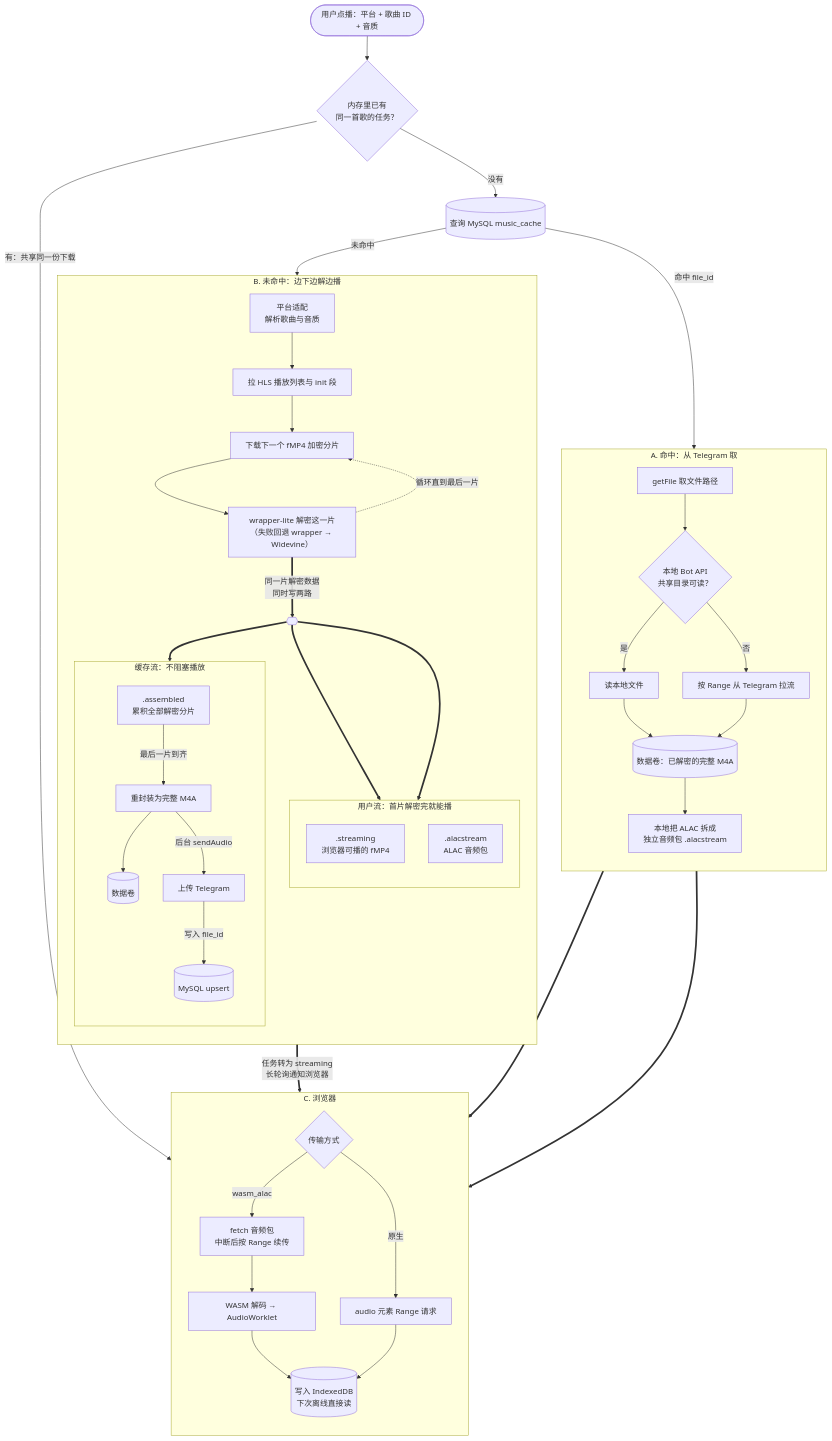
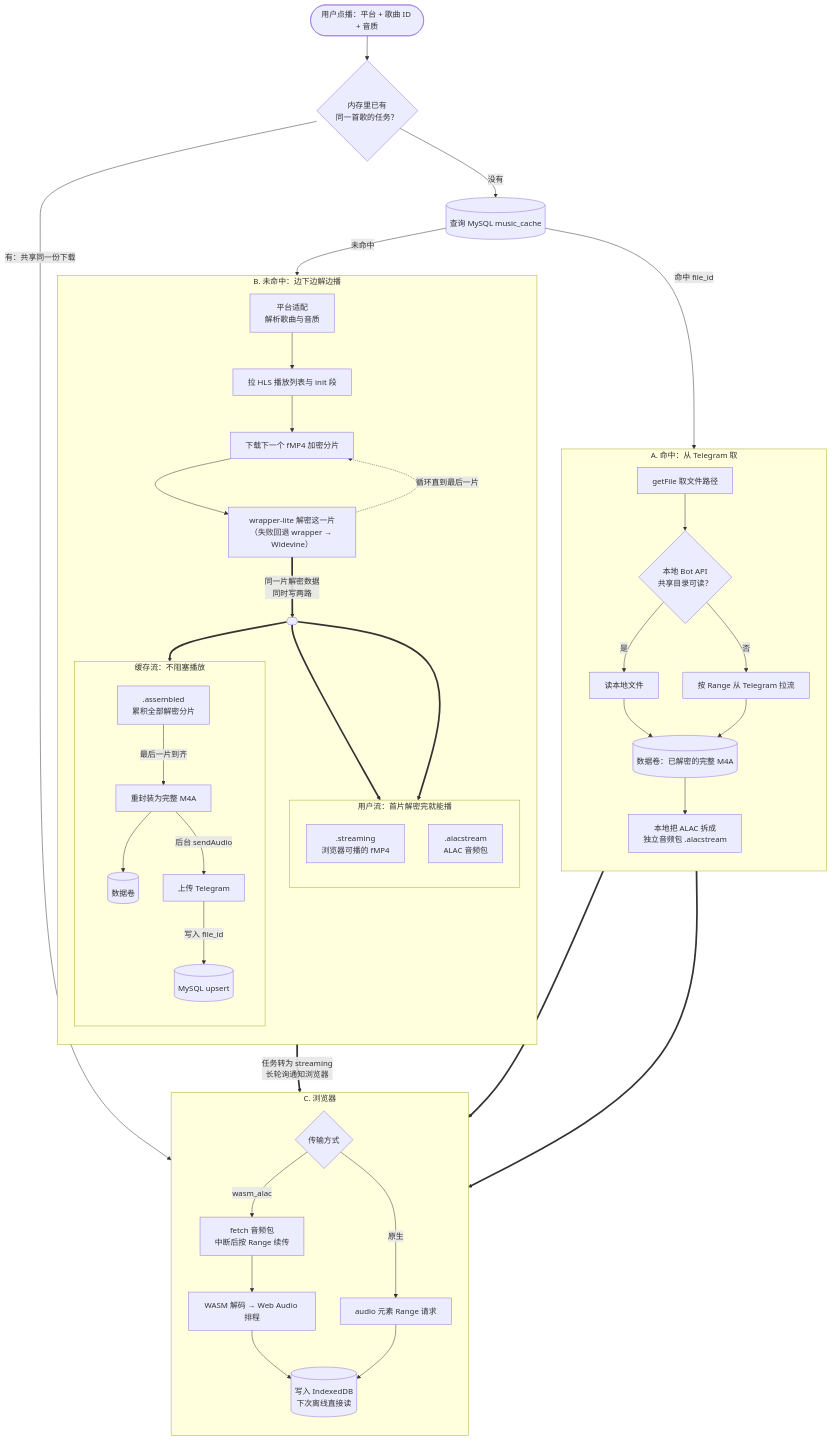
One commit to jizizr/mhub changed the second of 2 diagrams in README.md. Above: the diagram before and after it, drawn with Mermaid. The commit also changed other lines of this file and 37 other files, not shown here.

````diff
--- a/README.md
+++ b/README.md
@@ -84,55 +84,55 @@
 ```mermaid
 flowchart TD
   PLAY(["用户点播：平台 + 歌曲 ID + 音质"]) --> T1{"内存里已有<br/>同一首歌的任务？"}
   T1 -->|"有：共享同一份下载"| OUT
   T1 -->|没有| Q[("查询 MySQL music_cache")]
   Q -->|"命中 file_id"| HIT
   Q -->|未命中| MISS
 
   subgraph HIT["A. 命中：从 Telegram 取"]
     direction TB
     H1["getFile 取文件路径"] --> H2{"本地 Bot API<br/>共享目录可读？"}
     H2 -->|是| H3["读本地文件"]
     H2 -->|否| H4["按 Range 从 Telegram 拉流"]
     H3 & H4 --> H5[("数据卷：已解密的完整 M4A")]
     H5 --> H6["本地把 ALAC 拆成<br/>独立音频包 .alacstream"]
   end
 
   subgraph MISS["B. 未命中：边下边解边播"]
     direction TB
     M1["平台适配<br/>解析歌曲与音质"] --> M2["拉 HLS 播放列表与 init 段"]
     M2 --> M3["下载下一个 fMP4 加密分片"]
     M3 --> M4["wrapper-lite 解密这一片<br/>（失败回退 wrapper → Widevine）"]
     M4 -.->|"循环直到最后一片"| M3
     M4 ==>|"同一片解密数据<br/>同时写两路"| FORK{{" "}}
 
     subgraph USER["用户流：首片解密完就能播"]
       direction TB
       U1[".streaming<br/>浏览器可播的 fMP4"]
       U2[".alacstream<br/>ALAC 音频包"]
     end
 
     subgraph CACHE["缓存流：不阻塞播放"]
       direction TB
       C1[".assembled<br/>累积全部解密分片"] -->|"最后一片到齐"| C2["重封装为完整 M4A"]
       C2 --> C3[("数据卷")]
       C2 -->|"后台 sendAudio"| C4["上传 Telegram"]
       C4 -->|"写入 file_id"| C5[("MySQL upsert")]
     end
 
     FORK ==> U1 & U2
     FORK ==> C1
   end
 
   USER ==>|"任务转为 streaming<br/>长轮询通知浏览器"| OUT
   H5 & H6 ==> OUT
 
   subgraph OUT["C. 浏览器"]
     direction TB
     O1{"传输方式"}
     O1 -->|"wasm_alac"| O2["fetch 音频包<br/>中断后按 Range 续传"]
-    O2 --> O3["WASM 解码 → AudioWorklet"]
+    O2 --> O3["WASM 解码 → Web Audio 排程"]
     O1 -->|"原生"| O4["audio 元素 Range 请求"]
     O3 & O4 --> O5[("写入 IndexedDB<br/>下次离线直接读")]
   end
 ```
````
